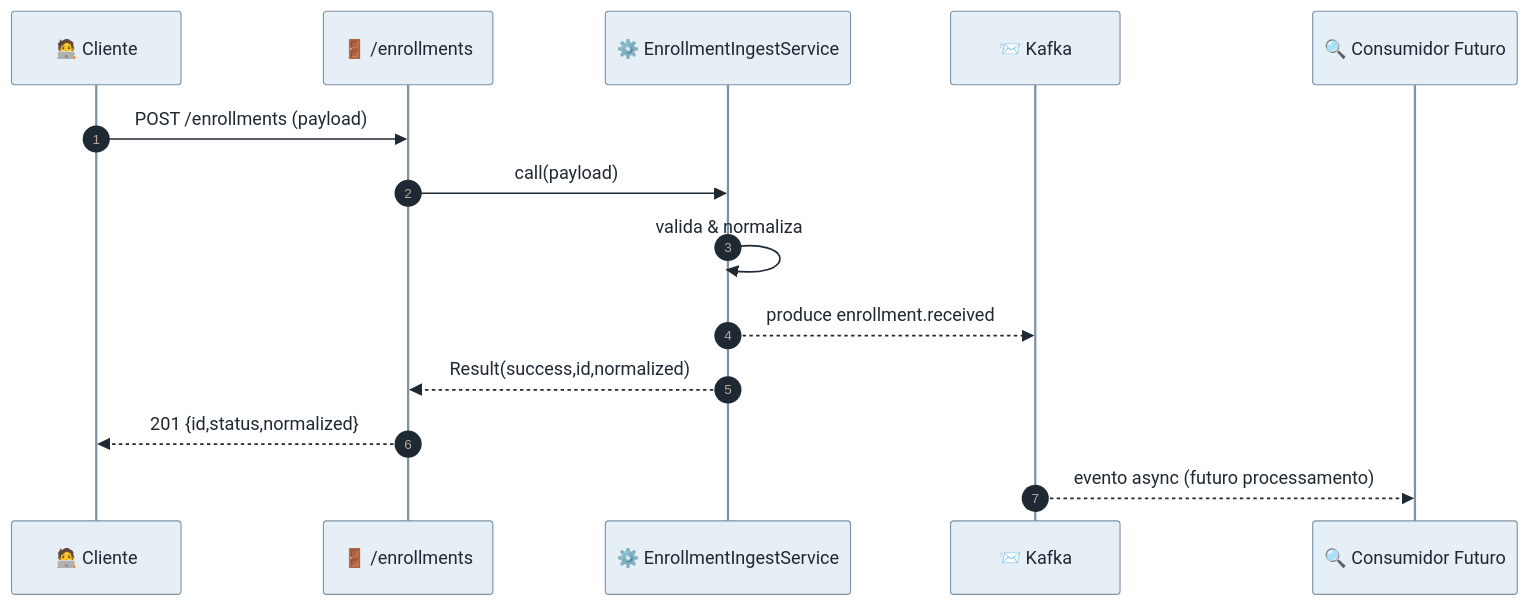
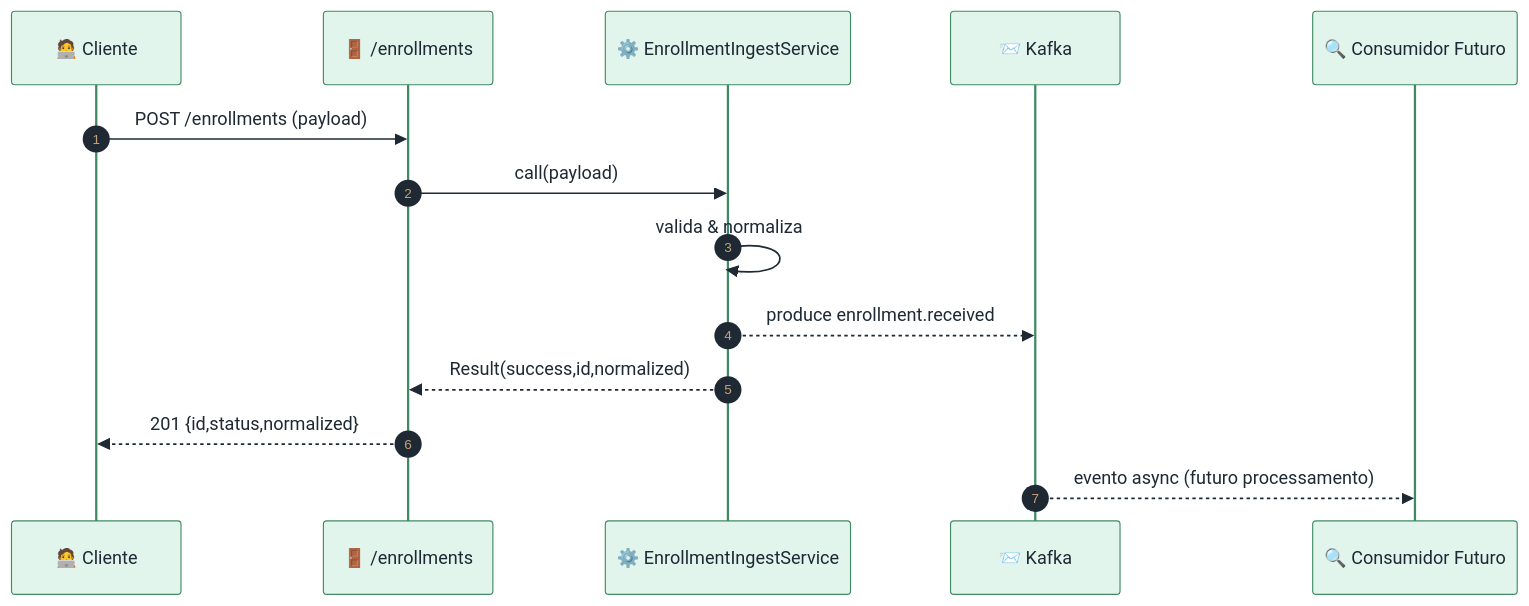
Before and after one commit to enogrob/project-qeevo-anubis: the fifth of 5 diagrams in contents/anubis.md, drawn with Mermaid. The commit also changed other lines of this file and 1 other file, not shown here.

````diff
--- a/contents/anubis.md
+++ b/contents/anubis.md
@@ -343,17 +333,20 @@
 ```mermaid
-%%{init: {'theme':'base','themeVariables': {'primaryColor':'#E5EFF5','primaryTextColor':'#1F2933','primaryBorderColor':'#7C93A6','secondaryColor':'#DDEFFC','tertiaryColor':'#E2F5ED','lineColor':'#4A5568'}}}%%
+%%{init: {'theme':'base','themeVariables': {
+  'primaryColor':'#E2F5ED','primaryBorderColor':'#3F8A63','primaryTextColor':'#1F2933',
+  'secondaryColor':'#DDEFFC','tertiaryColor':'#FBE9EC','lineColor':'#3A5F85'
+}}}%%
 sequenceDiagram
   autonumber
   participant C as 🧑‍💻 Cliente
   participant API as 🚪 /enrollments
   participant SVC as ⚙️ EnrollmentIngestService
   participant K as 📨 Kafka
   participant EVT as 🔍 Consumidor Futuro
   C->>API: POST /enrollments (payload)
   API->>SVC: call(payload)
   SVC->>SVC: valida & normaliza
   SVC-->>K: produce enrollment.received
   SVC-->>API: Result(success,id,normalized)
   API-->>C: 201 {id,status,normalized}
   K-->>EVT: evento async (futuro processamento)
 ```
````
